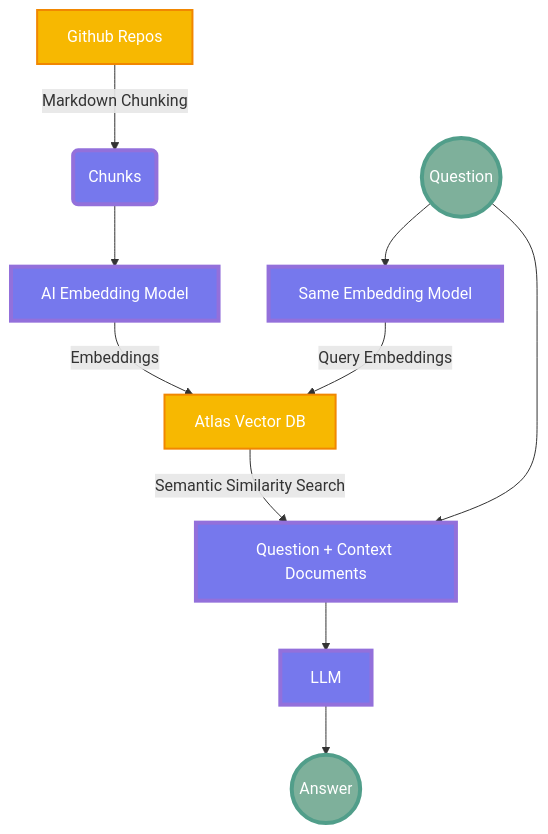
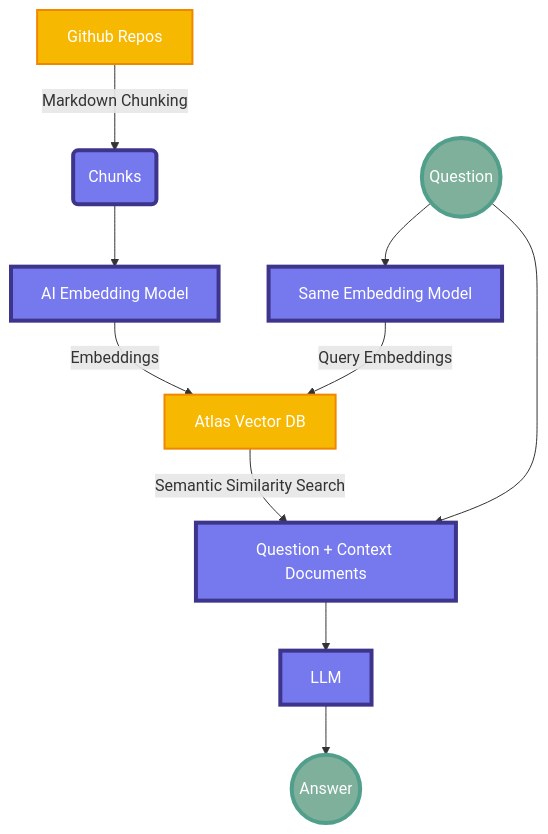
The diagram in README.md (nehiljain/oss-repo-recommender), drawn with Mermaid before and after one commit.

Commit message:
Docs: Adding flowchart of the applicatoin

````diff
--- a/README.md
+++ b/README.md
@@ -6,32 +6,32 @@
 ```mermaid
 graph TD
     A[Github Repos] -->|Markdown Chunking| B(Chunks)
     B --> C[AI Embedding Model]
     C -->|Embeddings| D[Atlas Vector DB]
     E((Question)) --> F[Same Embedding Model]
     F -->|Query Embeddings| D
     D --> |Semantic Similarity Search| H[Question + Context Documents]
     E -->  H
     H --> I[LLM]
     I --> J((Answer))
 
 
 classDef db_color fill:#F7B801,stroke:#F18701,stroke-width:2px;
-classDef ai_color fill:#7678ED,stroke:3d348b,stroke-width:4px;
+classDef ai_color fill:#7678ED,stroke:#3d348b,stroke-width:4px;
 classDef user_color fill:#7eb09b,stroke:#519e8a,stroke-width:4px;
 
     class A,D db_color
     class F,C,I,H,B ai_color
     class J,E user_color
 
 
 style A color:#FFF;
 style B color:#FFF;
 style C color:#FFF;
 style D color:#FFF;
 style E color:#FFF;
 style F color:#FFF;
 style H color:#FFF;
 style I color:#FFF;
 style J color:#FFF;
 ```
````
